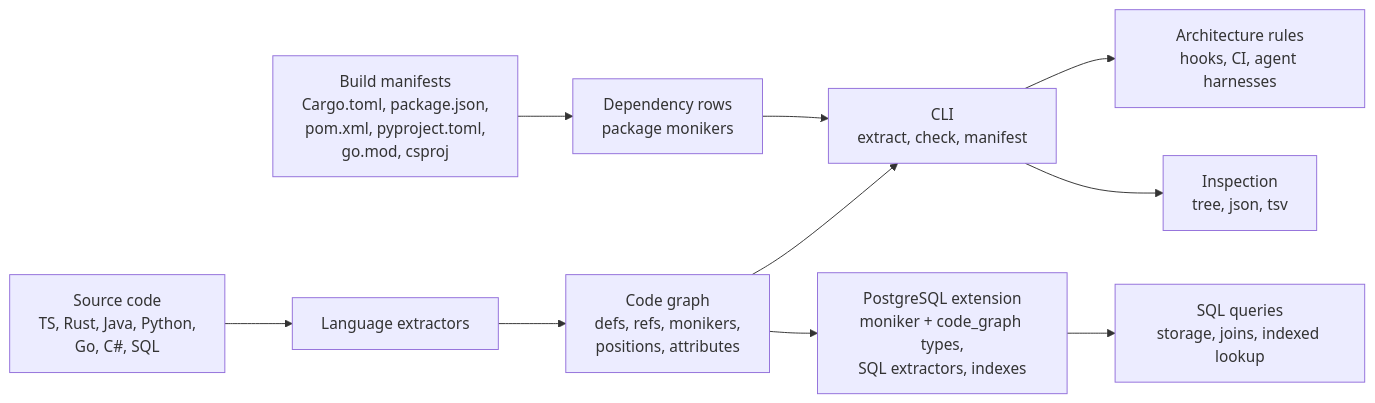
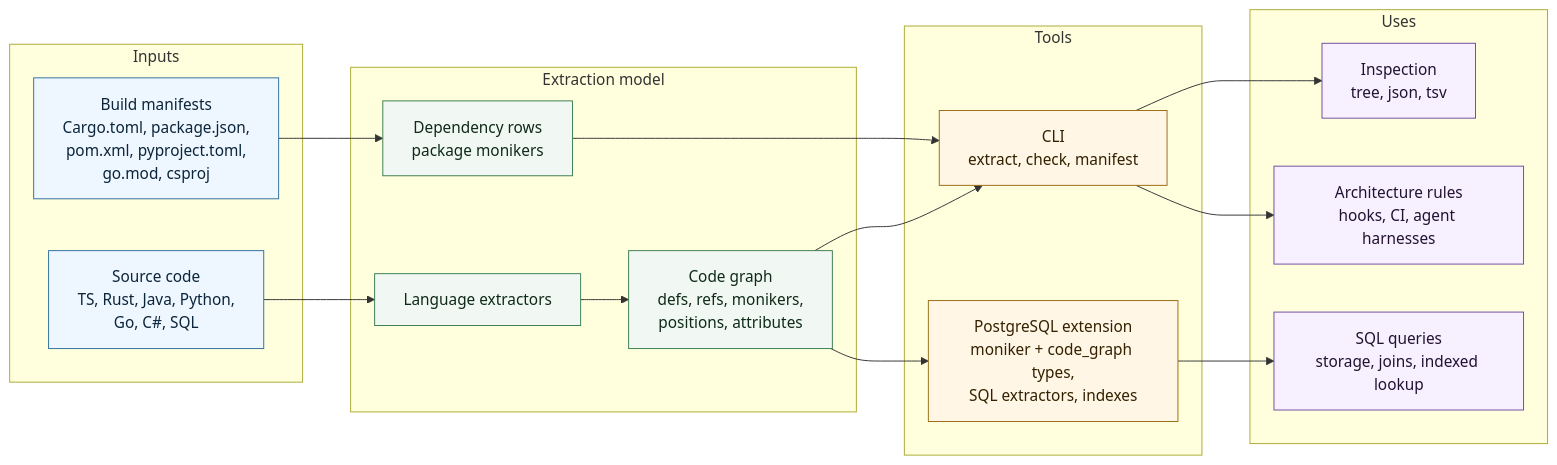
Before and after one commit to ng-galien/code-moniker: the diagram in README.md, drawn with Mermaid.

Commit message:
docs: style README overview diagram

````diff
--- a/README.md
+++ b/README.md
@@ -31,15 +31,42 @@
 ```mermaid
 flowchart LR
-  S[Source code<br/>TS, Rust, Java, Python,<br/>Go, C#, SQL] --> E[Language extractors]
-  E --> G[Code graph<br/>defs, refs, monikers,<br/>positions, attributes]
+  subgraph Input["Inputs"]
+    S["Source code<br/>TS, Rust, Java, Python,<br/>Go, C#, SQL"]
+    M["Build manifests<br/>Cargo.toml, package.json,<br/>pom.xml, pyproject.toml,<br/>go.mod, csproj"]
+  end
 
-  G --> C[CLI<br/>extract, check, manifest]
-  G --> P[PostgreSQL extension<br/>moniker + code_graph types,<br/>SQL extractors, indexes]
+  subgraph Model["Extraction model"]
+    E["Language extractors"]
+    G["Code graph<br/>defs, refs, monikers,<br/>positions, attributes"]
+    D["Dependency rows<br/>package monikers"]
+  end
 
-  M[Build manifests<br/>Cargo.toml, package.json,<br/>pom.xml, pyproject.toml,<br/>go.mod, csproj] --> D[Dependency rows<br/>package monikers]
+  subgraph Tools["Tools"]
+    C["CLI<br/>extract, check, manifest"]
+    P["PostgreSQL extension<br/>moniker + code_graph types,<br/>SQL extractors, indexes"]
+  end
+
+  subgraph Uses["Uses"]
+    I["Inspection<br/>tree, json, tsv"]
+    R["Architecture rules<br/>hooks, CI, agent harnesses"]
+    Q["SQL queries<br/>storage, joins, indexed lookup"]
+  end
+
+  S --> E --> G
+  M --> D
+  G --> C
+  G --> P
   D --> C
+  C --> I
+  C --> R
+  P --> Q
 
-  C --> R[Architecture rules<br/>hooks, CI, agent harnesses]
-  C --> I[Inspection<br/>tree, json, tsv]
-  P --> Q[SQL queries<br/>storage, joins, indexed lookup]
+  classDef input fill:#eef6ff,stroke:#2f6f9f,color:#0b253a
+  classDef model fill:#f1f8f4,stroke:#3a7d4f,color:#0f2a18
+  classDef tool fill:#fff6e5,stroke:#9a6b12,color:#332100
+  classDef use fill:#f7f1ff,stroke:#6f4aa1,color:#211232
+  class S,M input
+  class E,G,D model
+  class C,P tool
+  class I,R,Q use
 ```
````
